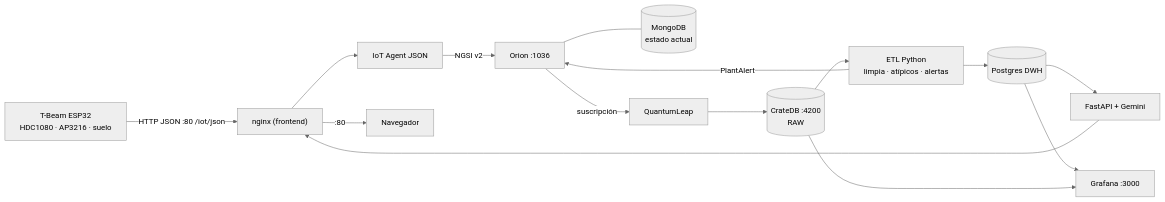
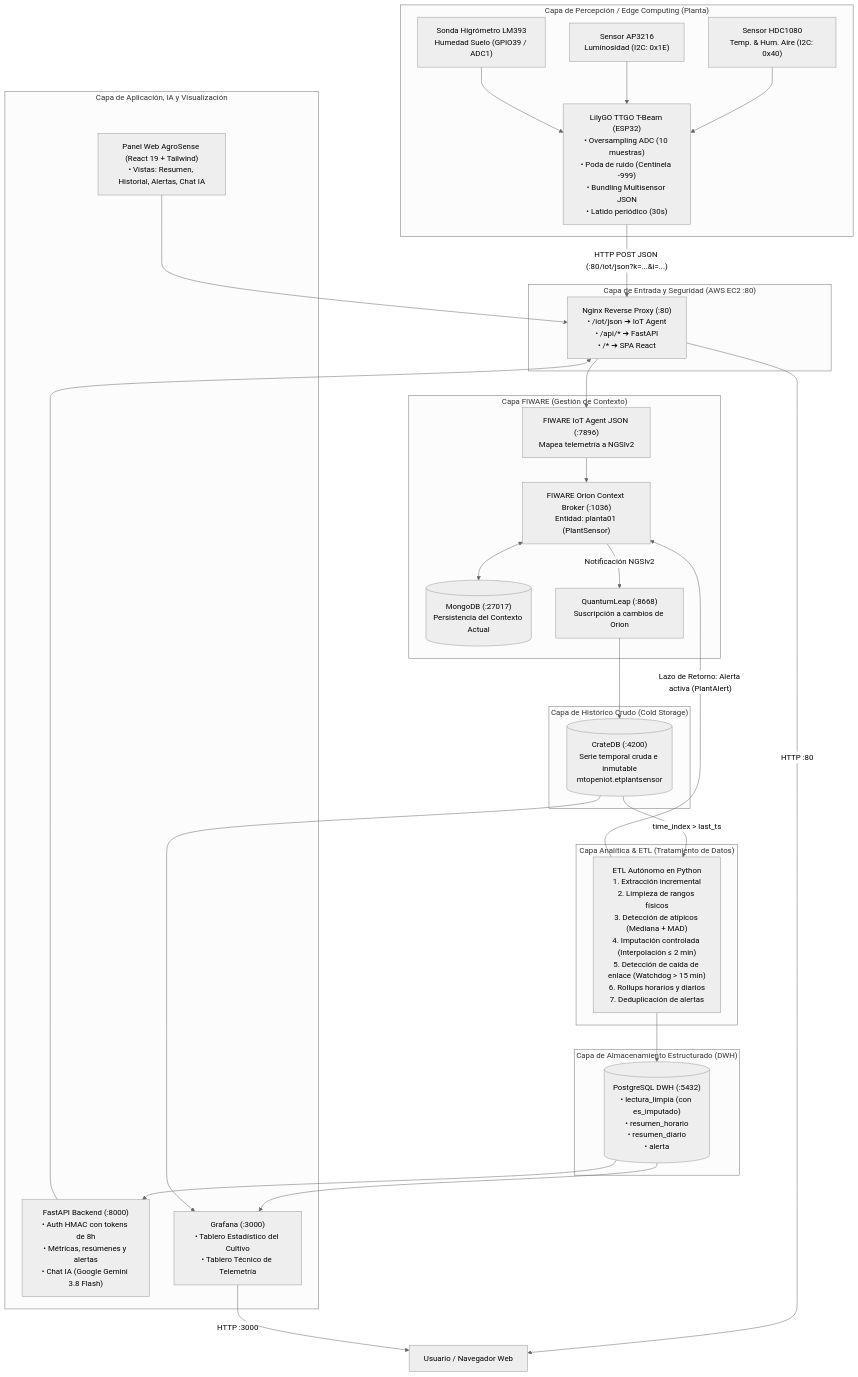
One commit to hugo9669/AgroSense-ControlCultivo changed the first of 2 diagrams in README.md. Above: the diagram before and after it, drawn with Mermaid (neutral theme). The commit also changed other lines of this file and 1 other file, not shown here.

Commit message:
docs: documentacion tecnica completa del sistema y guia maestra de sustentacion

````diff
--- a/README.md
+++ b/README.md
@@ -5,17 +13,58 @@
 ```mermaid
-flowchart LR
-  ESP["T-Beam ESP32<br/>HDC1080 · AP3216 · suelo"] -- "HTTP JSON :80 /iot/json" --> NGINX["nginx (frontend)"]
-  NGINX --> IOTA["IoT Agent JSON"]
-  IOTA -- "NGSI v2" --> ORION["Orion :1036"]
-  ORION --- MONGO[("MongoDB<br/>estado actual")]
-  ORION -- suscripción --> QL["QuantumLeap"]
-  QL --> CRATE[("CrateDB :4200<br/>RAW")]
-  CRATE --> ETL["ETL Python<br/>limpia · atípicos · alertas"]
-  ETL --> PG[("Postgres DWH")]
-  ETL -- "PlantAlert" --> ORION
-  PG --> API["FastAPI + Gemini"]
-  API --> NGINX
-  NGINX -- ":80" --> USER["Navegador"]
-  PG --> GRAF["Grafana :3000"]
-  CRATE --> GRAF
+flowchart TD
+    subgraph EDGE["Capa de Percepción / Edge Computing (Planta)"]
+        HDC["Sensor HDC1080<br/>Temp. & Hum. Aire (I2C: 0x40)"]
+        AP["Sensor AP3216<br/>Luminosidad (I2C: 0x1E)"]
+        SOIL["Sonda Higrómetro LM393<br/>Humedad Suelo (GPIO39 / ADC1)"]
+        ESP["LilyGO TTGO T-Beam (ESP32)<br/>• Oversampling ADC (10 muestras)<br/>• Poda de ruido (Centinela -999)<br/>• Bundling Multisensor JSON<br/>• Latido periódico (30s)"]
+        HDC --> ESP
+        AP --> ESP
+        SOIL --> ESP
+    end
+
+    subgraph INGRESS["Capa de Entrada y Seguridad (AWS EC2 :80)"]
+        NGINX["Nginx Reverse Proxy (:80)<br/>• /iot/json ➔ IoT Agent<br/>• /api/* ➔ FastAPI<br/>• /* ➔ SPA React"]
+    end
+
+    subgraph FIWARE["Capa FIWARE (Gestión de Contexto)"]
+        IOTA["FIWARE IoT Agent JSON (:7896)<br/>Mapea telemetría a NGSIv2"]
+        ORION["FIWARE Orion Context Broker (:1036)<br/>Entidad: planta01 (PlantSensor)"]
+        MONGO[("MongoDB (:27017)<br/>Persistencia del Contexto Actual")]
+        QL["QuantumLeap (:8668)<br/>Suscripción a cambios de Orion"]
+        IOTA --> ORION
+        ORION <--> MONGO
+        ORION -->|Notificación NGSIv2| QL
+    end
+
+    subgraph RAW_STORE["Capa de Histórico Crudo (Cold Storage)"]
+        CRATE[("CrateDB (:4200)<br/>Serie temporal cruda e inmutable<br/>mtopeniot.etplantsensor")]
+        QL --> CRATE
+    end
+
+    subgraph ANALYTICS["Capa Analítica & ETL (Tratamiento de Datos)"]
+        ETL["ETL Autónomo en Python<br/>1. Extracción incremental<br/>2. Limpieza de rangos físicos<br/>3. Detección de atípicos (Mediana + MAD)<br/>4. Imputación controlada (Interpolación ≤ 2 min)<br/>5. Detección de caída de enlace (Watchdog > 15 min)<br/>6. Rollups horarios y diarios<br/>7. Deduplicación de alertas"]
+        CRATE -->|time_index > last_ts| ETL
+    end
+
+    subgraph DWH["Capa de Almacenamiento Estructurado (DWH)"]
+        PG[("PostgreSQL DWH (:5432)<br/>• lectura_limpia (con es_imputado)<br/>• resumen_horario<br/>• resumen_diario<br/>• alerta")]
+        ETL --> PG
+    end
+
+    subgraph PRESENTATION["Capa de Aplicación, IA y Visualización"]
+        API["FastAPI Backend (:8000)<br/>• Auth HMAC con tokens de 8h<br/>• Métricas, resúmenes y alertas<br/>• Chat IA (Google Gemini 3.8 Flash)"]
+        WEB["Panel Web AgroSense (React 19 + Tailwind)<br/>• Vistas: Resumen, Historial, Alertas, Chat IA"]
+        GRAF["Grafana (:3000)<br/>• Tablero Estadístico del Cultivo<br/>• Tablero Técnico de Telemetría"]
+        PG --> API
+        PG --> GRAF
+        CRATE --> GRAF
+        API --> NGINX
+        WEB --> NGINX
+    end
+
+    ESP -->|"HTTP POST JSON (:80/iot/json?k=...&i=...)"| NGINX
+    NGINX --> IOTA
+    ETL -->|"Lazo de Retorno: Alerta activa (PlantAlert)"| ORION
+    NGINX -->|HTTP :80| CLIENTE["Usuario / Navegador Web"]
+    GRAF -->|HTTP :3000| CLIENTE
 ```
````
